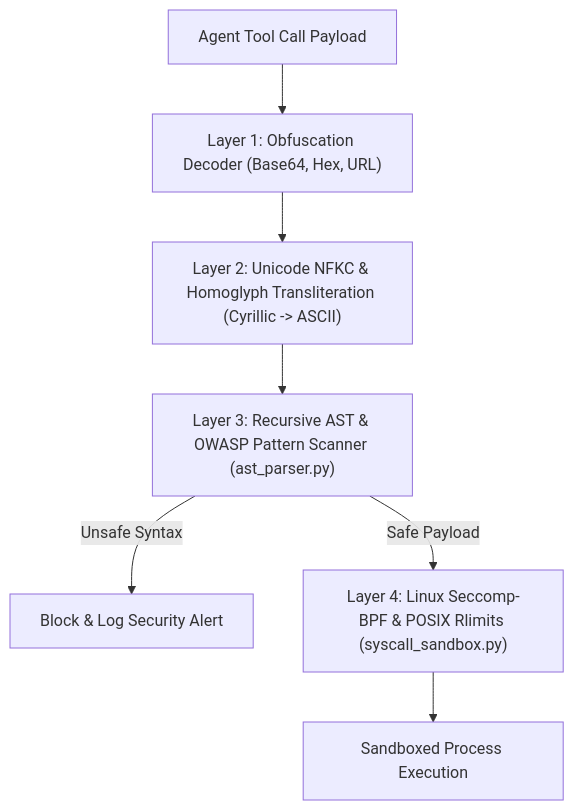
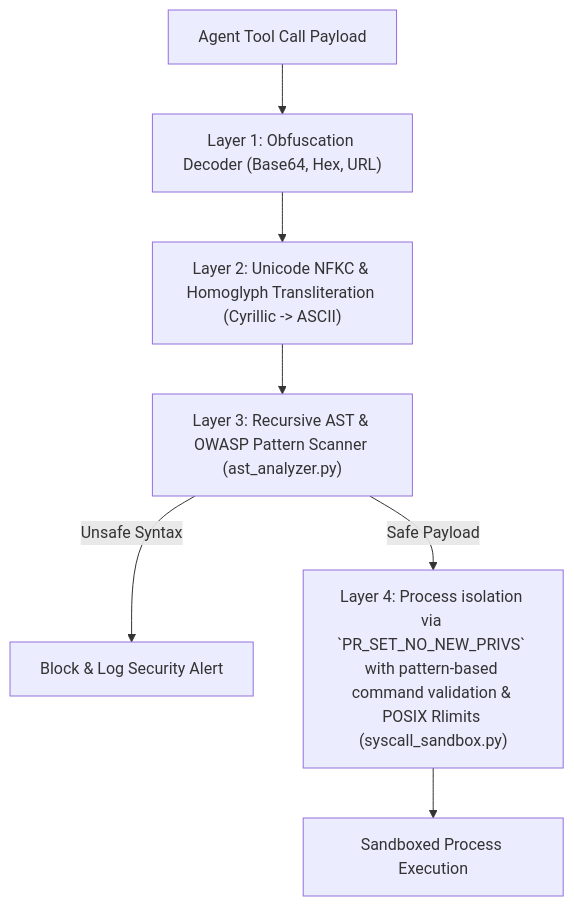
One commit to Gaurav711cgu/Agent_Sentry changed the diagram in README.md. Above: the diagram before and after it, drawn with Mermaid. The commit also changed other lines of this file and 5 other files, not shown here.

Commit message:
feat: upgrade architecture to Staff-level (9.5+) with advanced ML and Distributed Systems patterns

````diff
--- a/README.md
+++ b/README.md
@@ -29,9 +29,9 @@
 ```mermaid
 flowchart TD
     AGENT["Agent Tool Call Payload"] --> L1["Layer 1: Obfuscation Decoder (Base64, Hex, URL)"]
     L1 --> L2["Layer 2: Unicode NFKC & Homoglyph Transliteration (Cyrillic -> ASCII)"]
-    L2 --> L3["Layer 3: Recursive AST & OWASP Pattern Scanner (ast_parser.py)"]
+    L2 --> L3["Layer 3: Recursive AST & OWASP Pattern Scanner (ast_analyzer.py)"]
     L3 -->|Unsafe Syntax| BLOCK["Block & Log Security Alert"]
-    L3 -->|Safe Payload| L4["Layer 4: Linux Seccomp-BPF & POSIX Rlimits (syscall_sandbox.py)"]
+    L3 -->|Safe Payload| L4["Layer 4: Process isolation via `PR_SET_NO_NEW_PRIVS` with pattern-based command validation & POSIX Rlimits (syscall_sandbox.py)"]
     L4 --> EXEC["Sandboxed Process Execution"]
 ```
````
